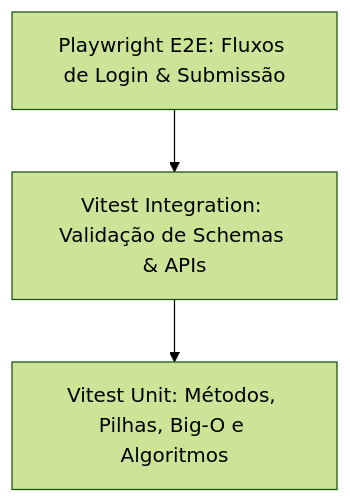
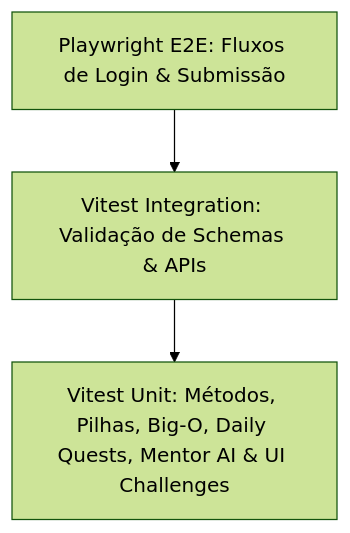
Before and after one commit to Henrique1601/DevQuest-: the diagram in Cerebro_Dev_quest/05 - DevOps, Testes & Operação/05.1 - Estratégia de Testes Automatizados (Vitest & Playwright).md, drawn with Mermaid (forest theme). The commit also changed other lines of this file and 25 other files, not shown here.

Commit message:
feat: add daily quest, devbot ai mentor, ui challenges, public portfolio, and multi-language support

````diff
--- a/Cerebro_Dev_quest/05 - DevOps, Testes & Operação/05.1 - Estratégia de Testes Automatizados (Vitest & Playwright).md
+++ b/Cerebro_Dev_quest/05 - DevOps, Testes & Operação/05.1 - Estratégia de Testes Automatizados (Vitest & Playwright).md
@@ -25,9 +25,9 @@
 ```mermaid
 graph TD
     E2E["Playwright E2E: Fluxos de Login & Submissão"]
     Integ["Vitest Integration: Validação de Schemas & APIs"]
-    Unit["Vitest Unit: Métodos, Pilhas, Big-O e Algoritmos"]
+    Unit["Vitest Unit: Métodos, Pilhas, Big-O, Daily Quests, Mentor AI & UI Challenges"]
 
     E2E --> Integ
     Integ --> Unit
 ```
````
